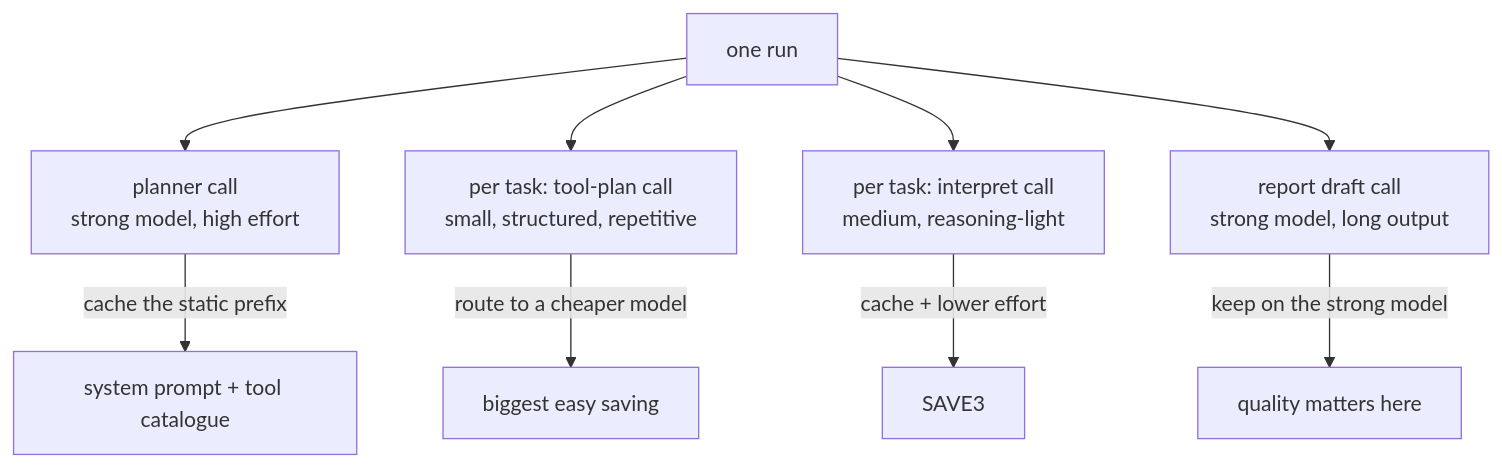
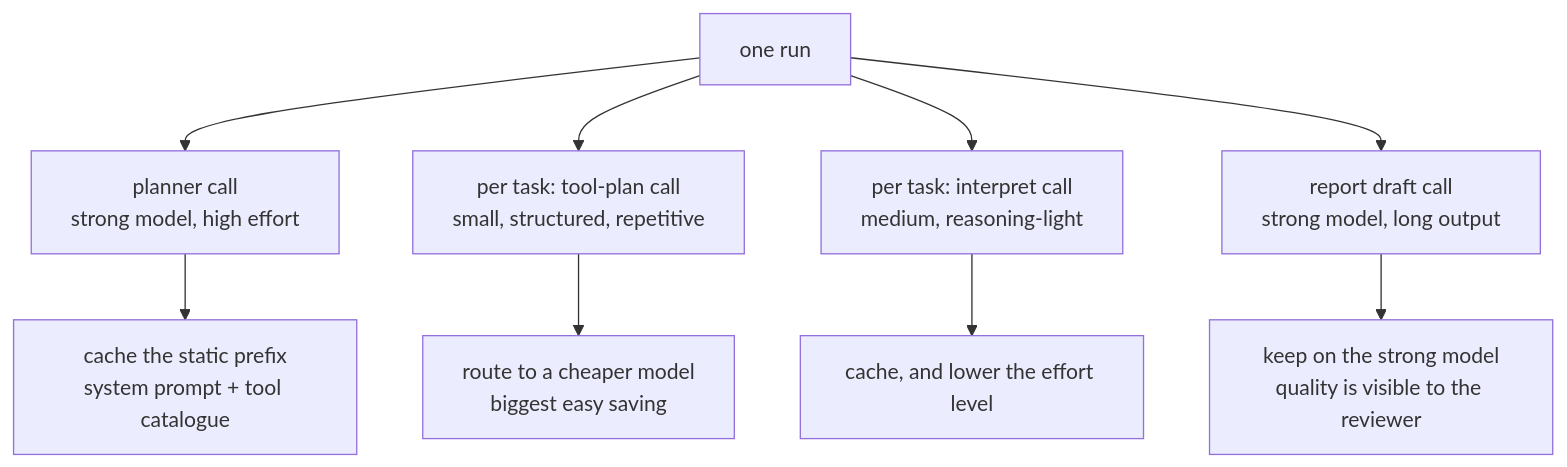
One commit to PandiRaja18/AI-OS changed diagram 13 of 15 in docs/README.md. Above: the diagram before and after it, drawn with Mermaid. The commit also changed other lines of this file, not shown here.

First line of the commit message:
Revise run state diagram and transition details

````diff
--- a/docs/README.md
+++ b/docs/README.md
@@ -839,12 +851,12 @@
 ```mermaid
 flowchart TB
     RUN["one run"] --> P["planner call<br/>strong model, high effort"]
     RUN --> TP["per task: tool-plan call<br/>small, structured, repetitive"]
     RUN --> IN["per task: interpret call<br/>medium, reasoning-light"]
     RUN --> RP["report draft call<br/>strong model, long output"]
 
-    TP -->|"route to a cheaper model"| SAVE1["biggest easy saving"]
-    P -->|"cache the static prefix"| SAVE2["system prompt + tool catalogue"]
-    IN -->|"cache + lower effort"| SAVE3
-    RP -->|"keep on the strong model"| KEEP["quality matters here"]
+    TP --> SAVE1["route to a cheaper model<br/>biggest easy saving"]
+    P --> SAVE2["cache the static prefix<br/>system prompt + tool catalogue"]
+    IN --> SAVE3["cache, and lower the effort level"]
+    RP --> KEEP["keep on the strong model<br/>quality is visible to the reviewer"]
 ```
````
